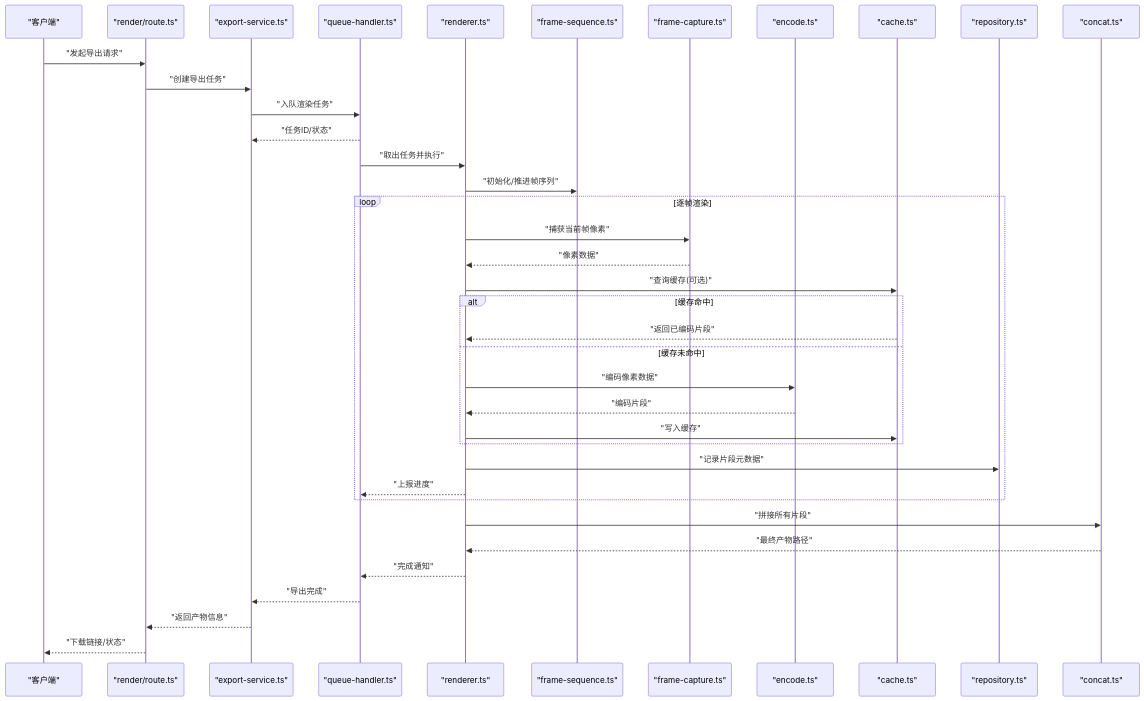
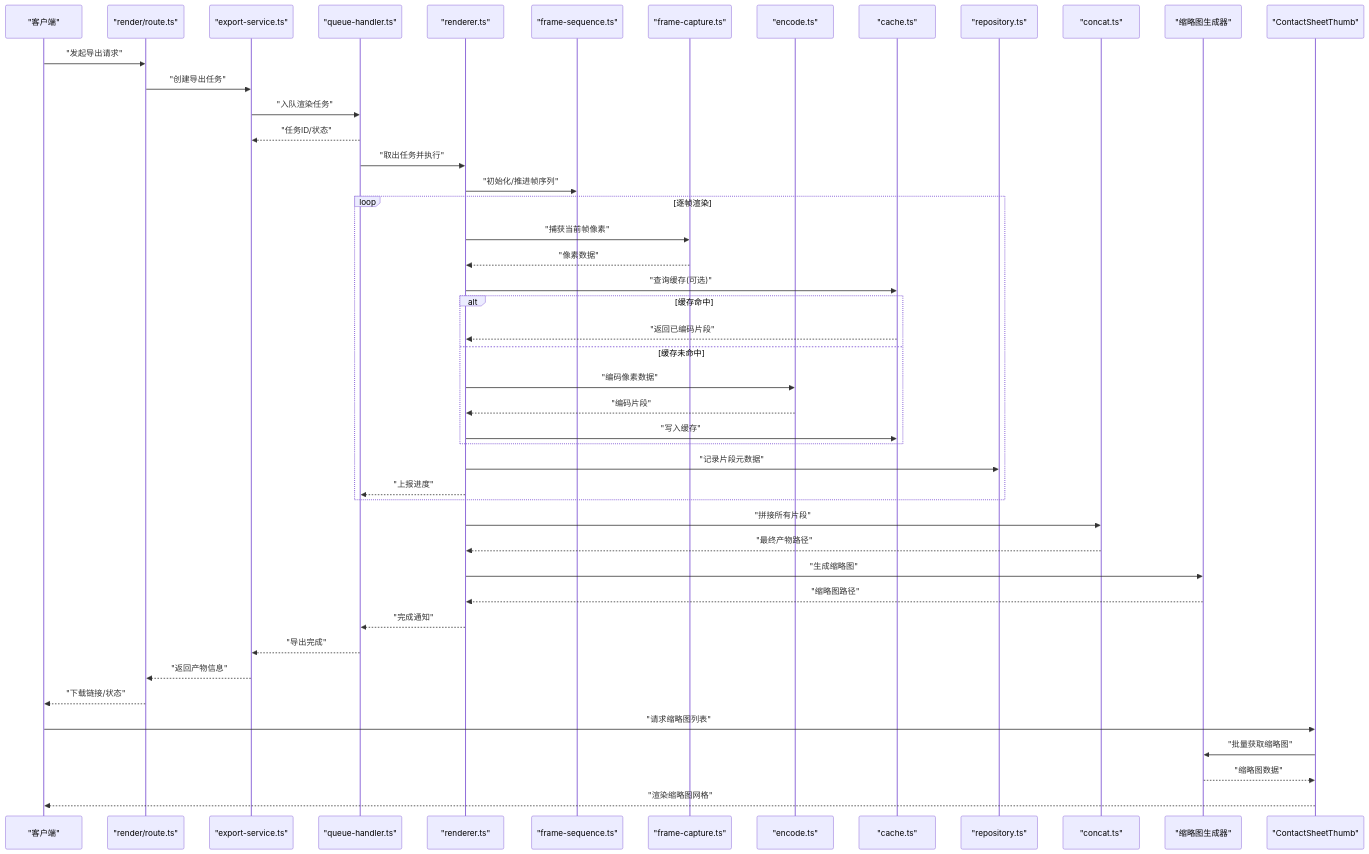
Before and after one commit to AIMFllyYS/code-video-canvas: the second of 14 diagrams in .qoder/repowiki/zh/content/架构设计/核心模块设计/渲染引擎设计/渲染引擎设计.md, drawn with Mermaid. The commit also changed other lines of this file and 31 other files, not shown here.

````diff
--- a/.qoder/repowiki/zh/content/架构设计/核心模块设计/渲染引擎设计/渲染引擎设计.md
+++ b/.qoder/repowiki/zh/content/架构设计/核心模块设计/渲染引擎设计/渲染引擎设计.md
@@ -159,40 +191,48 @@
 ```mermaid
 sequenceDiagram
 participant Client as "客户端"
 participant Route as "render/route.ts"
 participant Exp as "export-service.ts"
 participant Q as "queue-handler.ts"
 participant R as "renderer.ts"
 participant FS as "frame-sequence.ts"
 participant FC as "frame-capture.ts"
 participant ENC as "encode.ts"
 participant C as "cache.ts"
 participant REPO as "repository.ts"
 participant CAT as "concat.ts"
+participant THUMB as "缩略图生成器"
+participant UI as "ContactSheetThumb"
 Client->>Route : "发起导出请求"
 Route->>Exp : "创建导出任务"
 Exp->>Q : "入队渲染任务"
 Q-->>Exp : "任务ID/状态"
 Q->>R : "取出任务并执行"
 R->>FS : "初始化/推进帧序列"
 loop 逐帧渲染
 R->>FC : "捕获当前帧像素"
 FC-->>R : "像素数据"
 R->>C : "查询缓存(可选)"
 alt 缓存命中
 C-->>R : "返回已编码片段"
 else 缓存未命中
 R->>ENC : "编码像素数据"
 ENC-->>R : "编码片段"
 R->>C : "写入缓存"
 end
 R->>REPO : "记录片段元数据"
 R-->>Q : "上报进度"
 end
 R->>CAT : "拼接所有片段"
 CAT-->>R : "最终产物路径"
+R->>THUMB : "生成缩略图"
+THUMB-->>R : "缩略图路径"
 R-->>Q : "完成通知"
 Q-->>Exp : "导出完成"
 Exp-->>Route : "返回产物信息"
 Route-->>Client : "下载链接/状态"
+Client->>UI : "请求缩略图列表"
+UI->>THUMB : "批量获取缩略图"
+THUMB-->>UI : "缩略图数据"
+UI-->>Client : "渲染缩略图网格"
 ```
````
